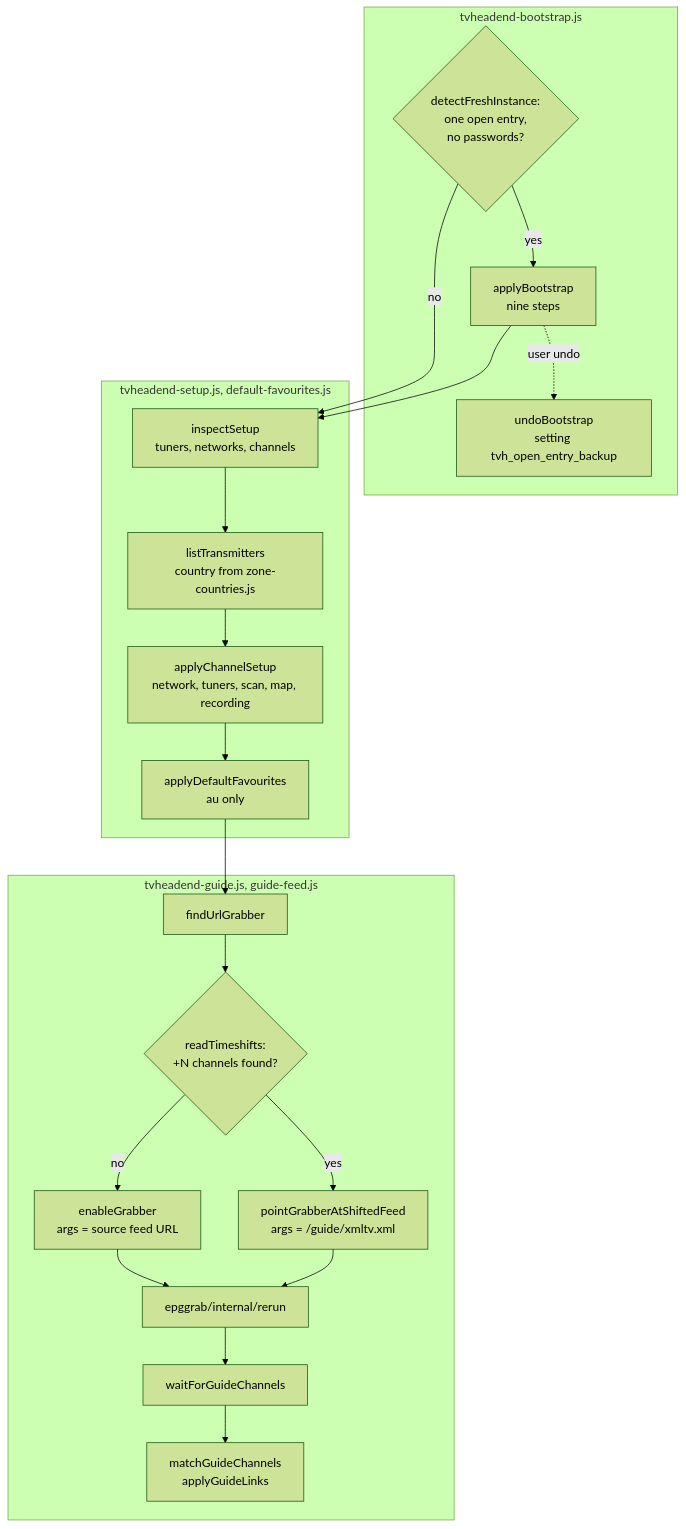
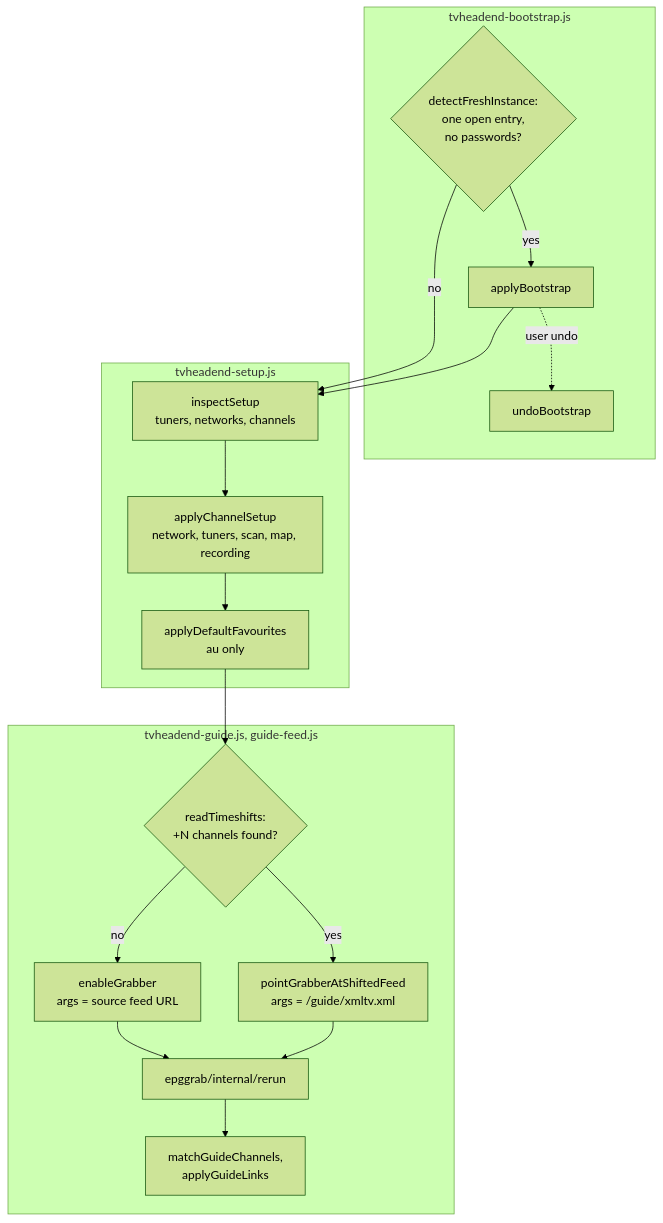
One commit to furey/freetvarr changed the fourth of 9 diagrams in docs/DEEP_DIVE.md. Above: the diagram before and after it, drawn with Mermaid (forest theme). The commit also changed other lines of this file, not shown here.

Commit message:
Tightened the technical deep dive to the module map, data model, main flows, contracts, and limits, split the architecture diagram into modules and external data paths, and corrected the facts that failed a code check.

````diff
--- a/docs/DEEP_DIVE.md
+++ b/docs/DEEP_DIVE.md
@@ -429,31 +344,28 @@
 ```mermaid
 flowchart TD
   subgraph boot["tvheadend-bootstrap.js"]
     fresh{"detectFreshInstance:<br>one open entry,<br>no passwords?"}
-    plan["applyBootstrap<br>nine steps"]
-    undo["undoBootstrap<br>setting tvh_open_entry_backup"]
+    plan["applyBootstrap"]
+    undo["undoBootstrap"]
   end
-  subgraph tuners["tvheadend-setup.js, default-favourites.js"]
+  subgraph tuners["tvheadend-setup.js"]
     inspect["inspectSetup<br>tuners, networks, channels"]
-    tx["listTransmitters<br>country from zone-countries.js"]
     run["applyChannelSetup<br>network, tuners, scan, map, recording"]
     fav["applyDefaultFavourites<br>au only"]
   end
   subgraph guide["tvheadend-guide.js, guide-feed.js"]
-    grab["findUrlGrabber"]
     shifts{"readTimeshifts:<br>+N channels found?"}
     direct["enableGrabber<br>args = source feed URL"]
     shifted["pointGrabberAtShiftedFeed<br>args = /guide/xmltv.xml"]
     rerun["epggrab/internal/rerun"]
-    wait["waitForGuideChannels"]
-    link["matchGuideChannels<br>applyGuideLinks"]
+    link["matchGuideChannels,<br>applyGuideLinks"]
   end
   fresh -->|"yes"| plan
   fresh -->|"no"| inspect
   plan --> inspect
   plan -.->|"user undo"| undo
-  inspect --> tx --> run --> fav --> grab --> shifts
+  inspect --> run --> fav --> shifts
   shifts -->|"no"| direct --> rerun
   shifts -->|"yes"| shifted --> rerun
-  rerun --> wait --> link
+  rerun --> link
 ```
````
